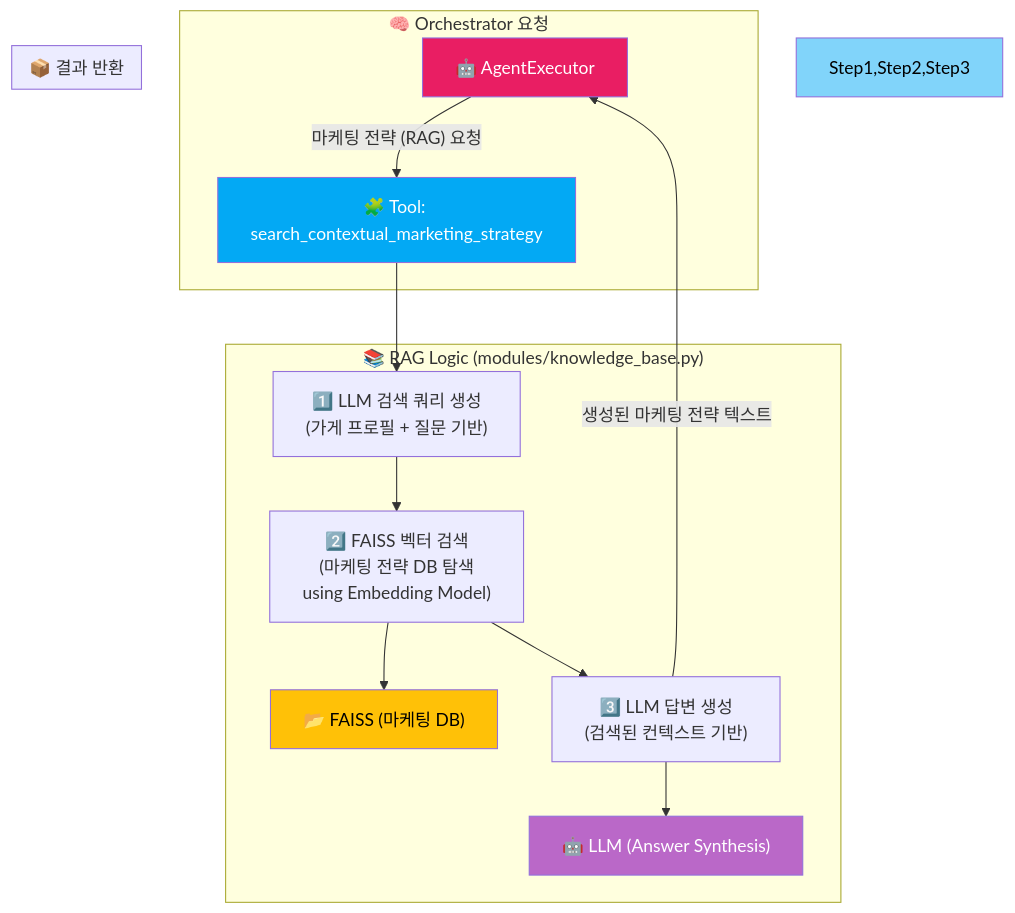
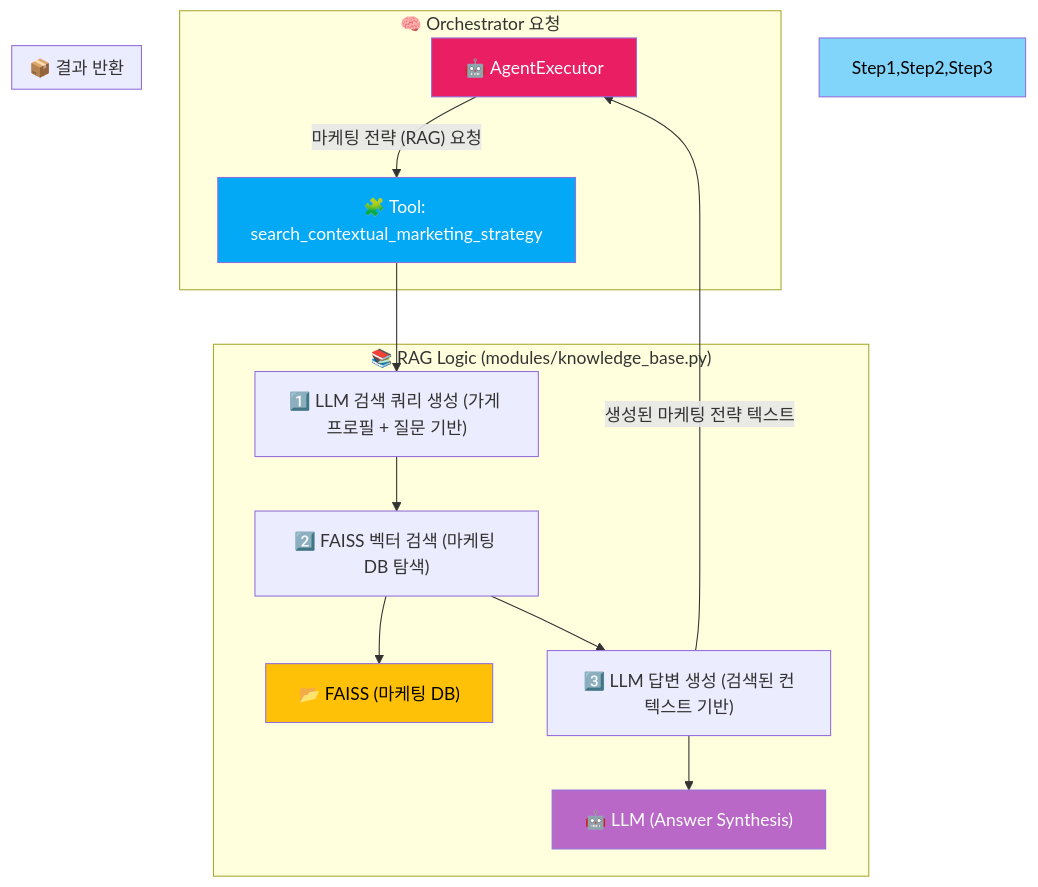
Before and after one commit to Synapse-Bigcontest/2025_bigcontest: the third of 4 diagrams in README.md, drawn with Mermaid. The commit also changed other lines of this file, not shown here.

````diff
--- a/README.md
+++ b/README.md
@@ -182,25 +181,25 @@
 ```mermaid
 graph TD
     subgraph "🧠 Orchestrator 요청"
         Agent["🤖 AgentExecutor"] -- "마케팅 전략 (RAG) 요청" --> Tool_RAG["🧩 Tool: search_contextual_marketing_strategy"]
     end
 
     subgraph "📚 RAG Logic (modules/knowledge_base.py)"
-        Tool_RAG --> Step1["1️⃣ LLM 검색 쿼리 생성<br>(가게 프로필 + 질문 기반)"]
-        Step1 --> Step2["2️⃣ FAISS 벡터 검색<br>(마케팅 전략 DB 탐색<br>using Embedding Model)"]
+        Tool_RAG --> Step1["1️⃣ LLM 검색 쿼리 생성 (가게 프로필 + 질문 기반)"]
+        Step1 --> Step2["2️⃣ FAISS 벡터 검색 (마케팅 DB 탐색)"]
         Step2 --> VSM["📂 FAISS (마케팅 DB)"]
-        Step2 --> Step3["3️⃣ LLM 답변 생성<br>(검색된 컨텍스트 기반)"]
+        Step2 --> Step3["3️⃣ LLM 답변 생성 (검색된 컨텍스트 기반)"]
         Step3 --> LLM2["🤖 LLM (Answer Synthesis)"]
     end
 
     subgraph "📦 결과 반환"
         Step3 -- "생성된 마케팅 전략 텍스트" --> Agent
     end
 
     %% 스타일
     style Agent fill:#E91E63,color:#fff
     style Tool_RAG fill:#03A9F4,color:#fff
     style Step1,Step2,Step3 fill:#81D4FA,color:#000
     style VSM fill:#FFC107,color:#000
     style LLM2 fill:#BA68C8,color:#fff
 ```
````
